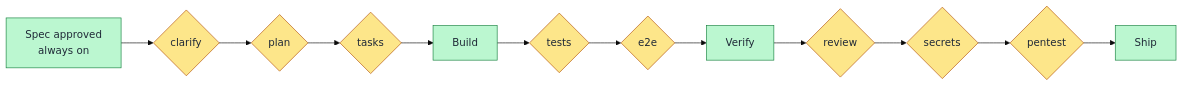
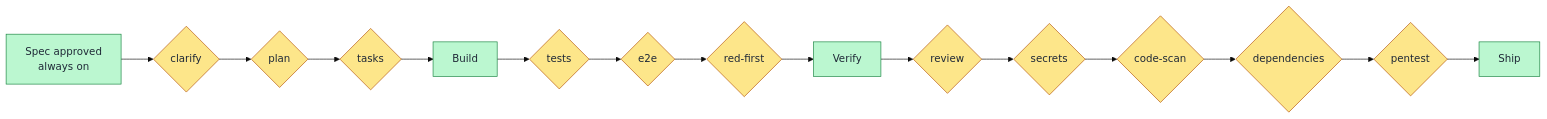
One commit to ashishmohanty-99/spec-driven-development changed the diagram in plugin/skills/spec-driven-development-by-ashish-mohanty/references/Lifecycle-Options.md. Above: the diagram before and after it, drawn with Mermaid (base theme). The commit also changed other lines of this file and 73 other files, not shown here.

````diff
--- a/plugin/skills/spec-driven-development-by-ashish-mohanty/references/Lifecycle-Options.md
+++ b/plugin/skills/spec-driven-development-by-ashish-mohanty/references/Lifecycle-Options.md
@@ -5,18 +5,21 @@
 ```mermaid
 flowchart LR
     S[Spec approved<br/>always on] --> C{clarify}
     C --> P{plan}
     P --> T{tasks}
     T --> B[Build]
     B --> X{tests}
     X --> E{e2e}
-    E --> V[Verify]
+    E --> RF{red-first}
+    RF --> V[Verify]
     V --> R{review}
     R --> K{secrets}
-    K --> N{pentest}
+    K --> CS{code-scan}
+    CS --> DP{dependencies}
+    DP --> N{pentest}
     N --> SH[Ship]
     classDef fixed fill:#bbf7d0,stroke:#15803d,color:#1f2937
     classDef opt fill:#fde68a,stroke:#b45309,color:#1f2937
     class S,B,V,SH fixed
-    class C,P,T,X,E,R,K,N opt
+    class C,P,T,X,E,RF,R,K,CS,DP,N opt
 ```
````
